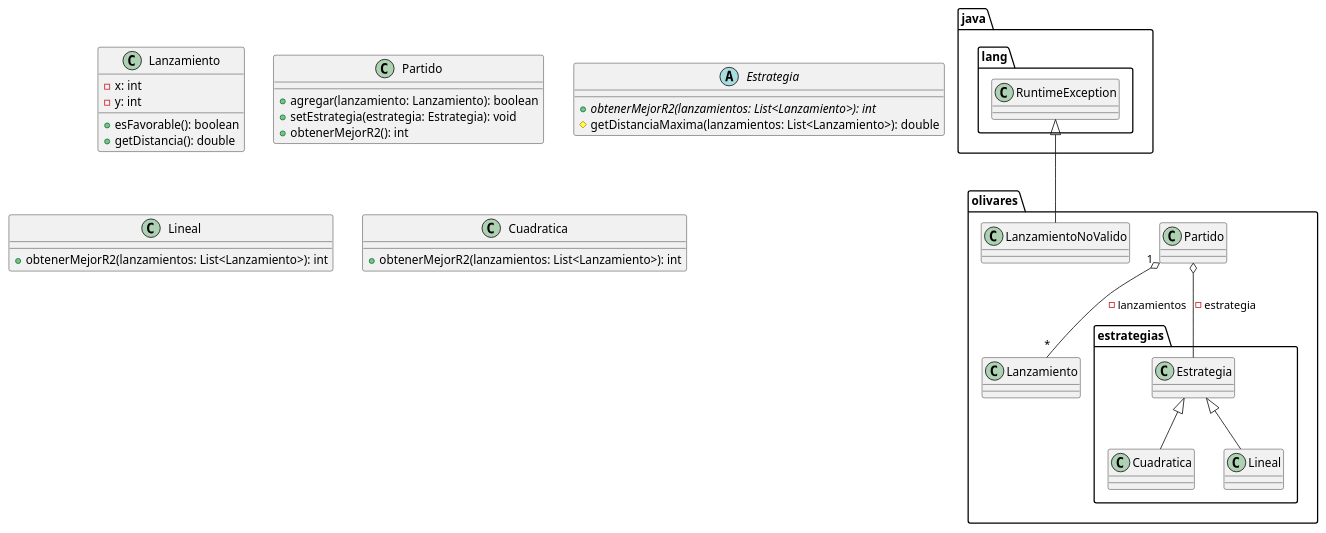
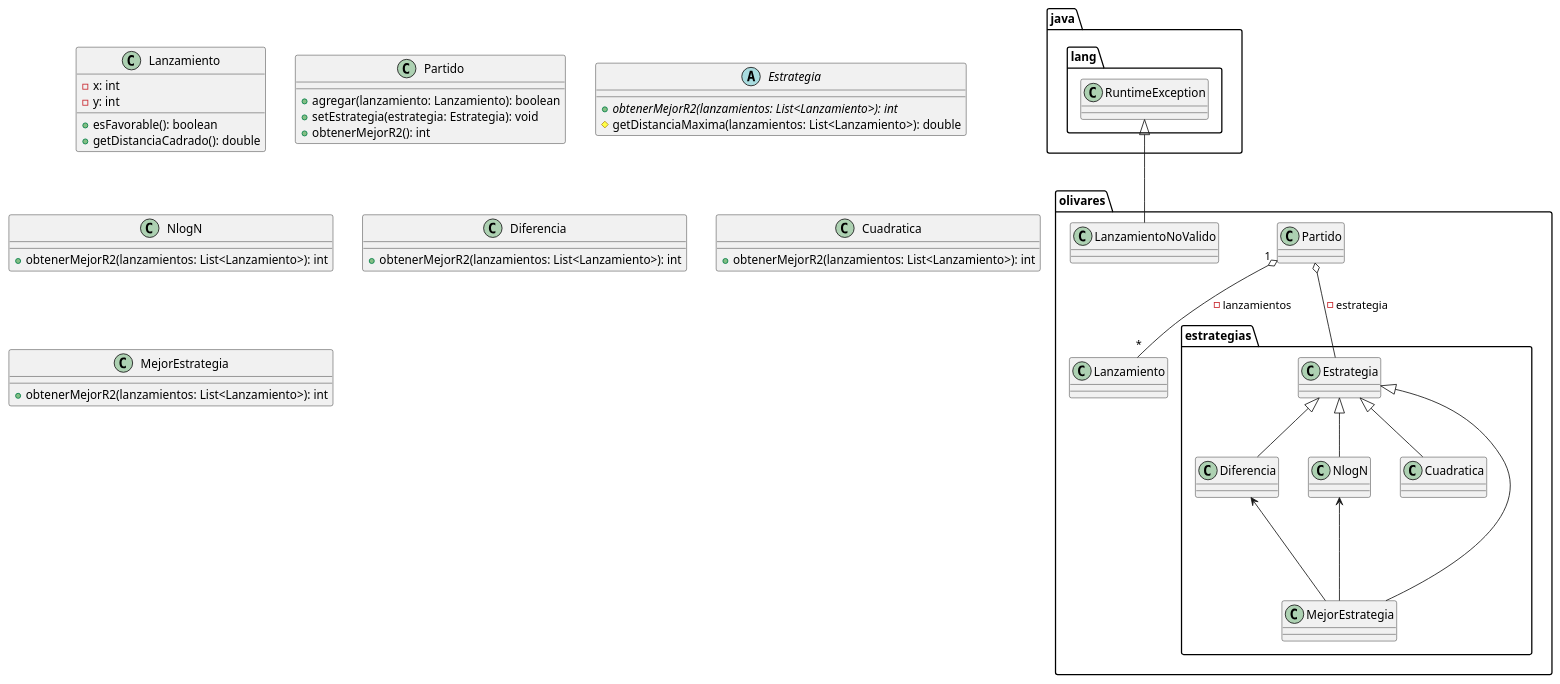
The diagram in oia/lanzamiento-de-aceitunas/diagrama.plantuml (programacion-avanzada/workspace), drawn with PlantUML before and after one commit. The commit also changed 14 other files, not shown here.

```diff
--- a/oia/lanzamiento-de-aceitunas/diagrama.plantuml
+++ b/oia/lanzamiento-de-aceitunas/diagrama.plantuml
@@ -1,38 +1,48 @@
 @startuml
 
 package "java.lang" {
 	class RuntimeException
 }
 
 package "olivares" {
 	Partido "1" o-- "*" Lanzamiento: -lanzamientos
 	package "estrategias" {
+		Estrategia <|-- Diferencia
+		Estrategia <|-- NlogN
 		Estrategia <|-- Cuadratica
-		Estrategia <|-- Lineal
+		Estrategia <|-- MejorEstrategia
+		Diferencia <--- MejorEstrategia
+		NlogN      <--- MejorEstrategia
 	}
 	Partido o-- Estrategia: -estrategia
 	RuntimeException <|-- LanzamientoNoValido
 }
 
 class Lanzamiento {
 	-x: int
 	-y: int
 	+esFavorable(): boolean
-	+getDistancia(): double
+	+getDistanciaCadrado(): double
 }
 class Partido {
 	+agregar(lanzamiento: Lanzamiento): boolean
 	+setEstrategia(estrategia: Estrategia): void
 	+obtenerMejorR2(): int
 }
 abstract class Estrategia {
 	{abstract} +obtenerMejorR2(lanzamientos: List<Lanzamiento>): int
 	#getDistanciaMaxima(lanzamientos: List<Lanzamiento>): double
 }
-class Lineal {
+class NlogN {
+	+obtenerMejorR2(lanzamientos: List<Lanzamiento>): int
+}
+class Diferencia {
 	+obtenerMejorR2(lanzamientos: List<Lanzamiento>): int
 }
 class Cuadratica {
 	+obtenerMejorR2(lanzamientos: List<Lanzamiento>): int
 }
+class MejorEstrategia {
+	+obtenerMejorR2(lanzamientos: List<Lanzamiento>): int
+}
 @enduml
```
